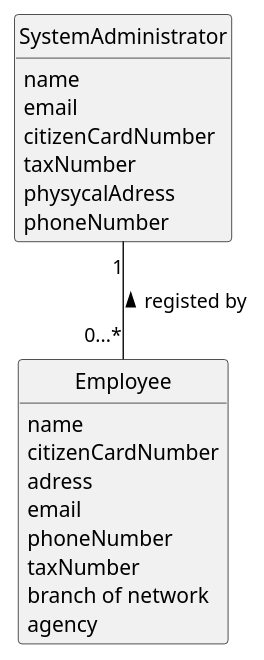
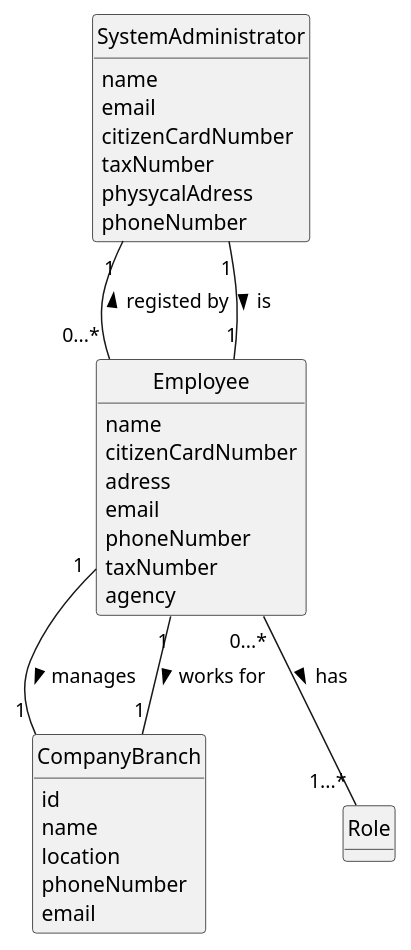
One commit to 1220812/LAPR2 changed the diagram in docs/sprintA/us003/02.analysis/puml/us003-domain-model.puml. Above: the diagram before and after it, drawn with PlantUML. The commit also changed 2 other files, not shown here.

```diff
--- a/docs/sprintA/us003/02.analysis/puml/us003-domain-model.puml
+++ b/docs/sprintA/us003/02.analysis/puml/us003-domain-model.puml
@@ -1,34 +1,52 @@
 @startuml
 skinparam monochrome true
 skinparam packageStyle rectangle
 skinparam shadowing false
 'skinparam linetype ortho
 'left to right direction
 skinparam classAttributeIconSize 0
 hide circle
 hide methods
 
 
 class SystemAdministrator{
   name
   email
   citizenCardNumber
   taxNumber
   physycalAdress
   phoneNumber
 }
 
 
 class Employee {
     name
     citizenCardNumber
     adress
     email
     phoneNumber
     taxNumber
-    branch of network
     agency
 }
 
+class CompanyBranch{
+id
+name
+location
+phoneNumber
+email
+}
+
+class Role{
+}
+
 SystemAdministrator "1"--"0...*" Employee: registed by <
+SystemAdministrator "1"--"1" Employee: is >
+Employee "1"--"1" CompanyBranch: manages >
+Employee "1"--"1" CompanyBranch: works for >
+Employee "0...*"--"1...*" Role: has >
+
+
+
+
 @enduml
```
